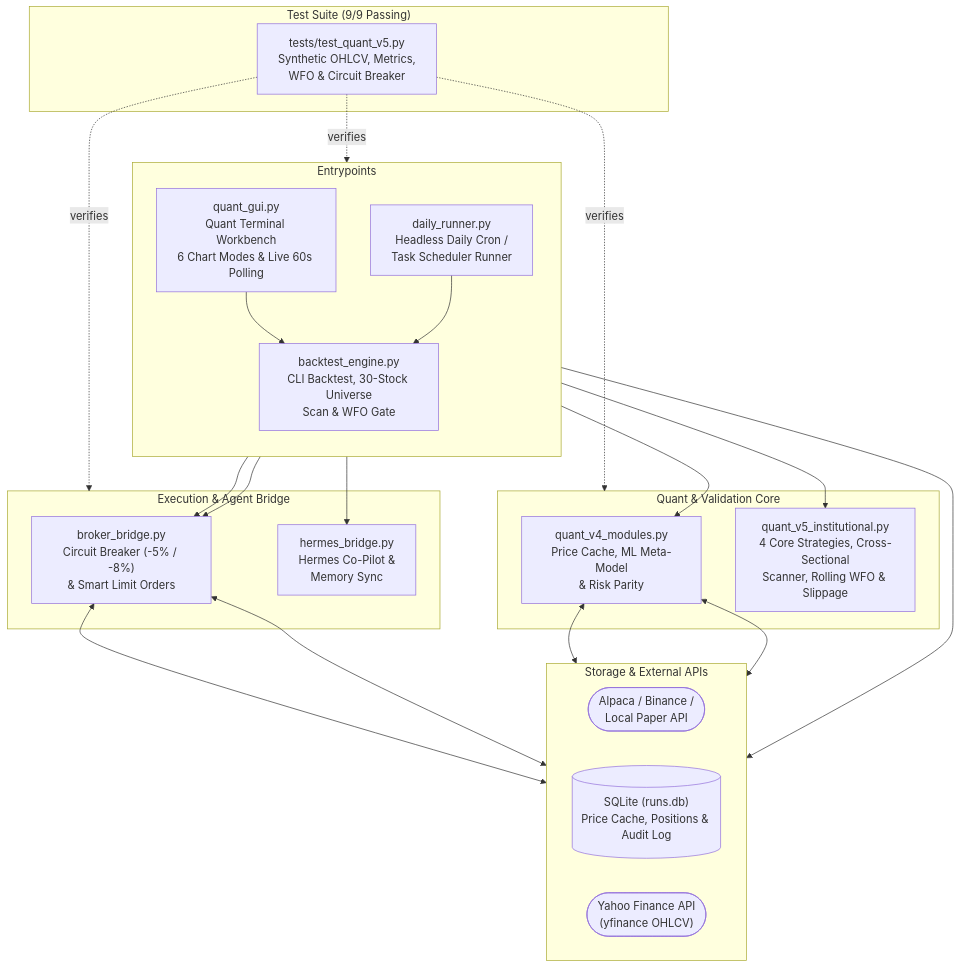
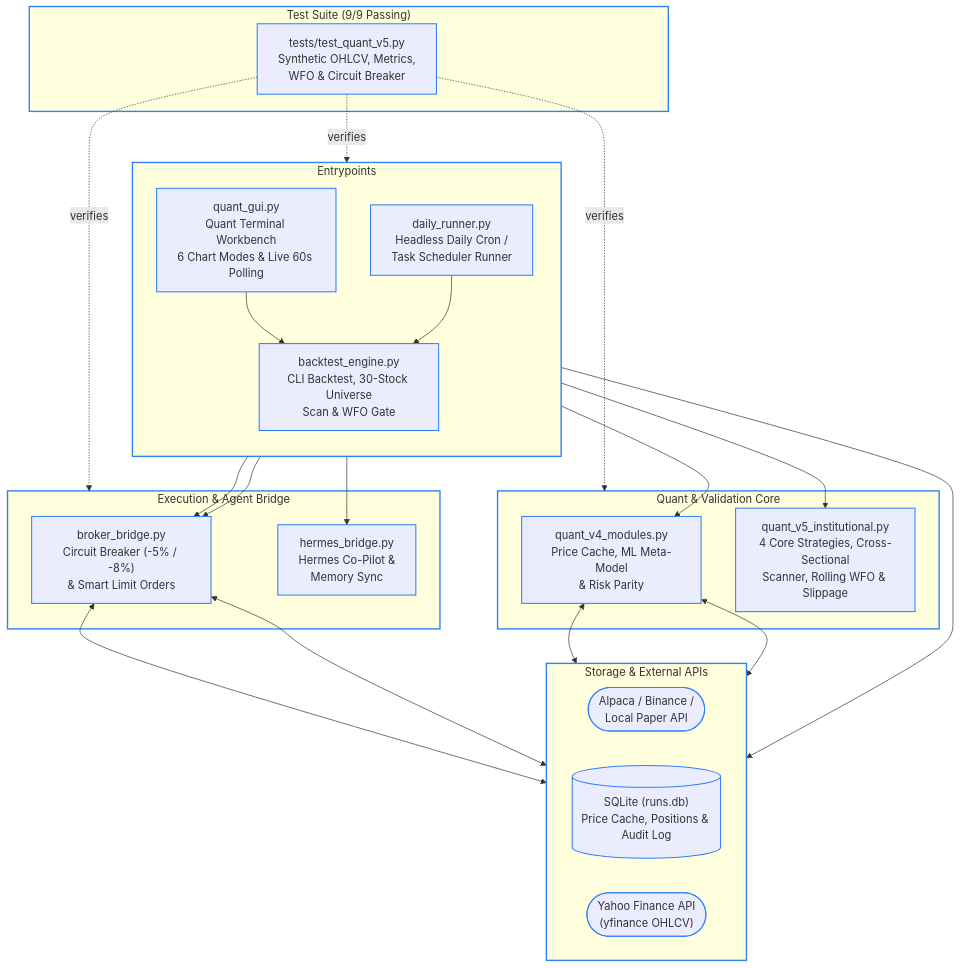
Before and after one commit to daniel01-bit/mini-project-quant: the diagram in README.md, drawn with Mermaid. The commit also changed other lines of this file, not shown here.

Commit message:
docs(readme): translate to Thai, add human architect credit, preserve user notes, and style Mermaid borders blue

````diff
--- a/README.md
+++ b/README.md
@@ -13,51 +23,60 @@
 ```mermaid
 flowchart TD
     subgraph Entry["Entrypoints"]
         direction TB
         GUI["quant_gui.py<br/>Quant Terminal Workbench<br/>6 Chart Modes & Live 60s Polling"]
         CRON["daily_runner.py<br/>Headless Daily Cron /<br/>Task Scheduler Runner"]
         BE["backtest_engine.py<br/>CLI Backtest, 30-Stock Universe<br/>Scan & WFO Gate"]
         GUI --> BE
         CRON --> BE
     end
 
     subgraph Core["Quant & Validation Core"]
         QV4["quant_v4_modules.py<br/>Price Cache, ML Meta-Model<br/>& Risk Parity"]
         QV5["quant_v5_institutional.py<br/>4 Core Strategies, Cross-Sectional<br/>Scanner, Rolling WFO & Slippage"]
     end
 
     subgraph Bridge["Execution & Agent Bridge"]
         BROKER["broker_bridge.py<br/>Circuit Breaker (-5% / -8%)<br/>& Smart Limit Orders"]
         HERMES["hermes_bridge.py<br/>Hermes Co-Pilot &<br/>Memory Sync"]
     end
 
     subgraph Data["Storage & External APIs"]
         direction LR
         EXT_BROKER(["Alpaca / Binance /<br/>Local Paper API"])
         DB[("SQLite (runs.db)<br/>Price Cache, Positions & Audit Log")]
         YF(["Yahoo Finance API<br/>(yfinance OHLCV)"])
     end
 
     subgraph QA["Test Suite (9/9 Passing)"]
         TEST["tests/test_quant_v5.py<br/>Synthetic OHLCV, Metrics,<br/>WFO & Circuit Breaker"]
     end
 
     %% Execution & Signal Flow
     GUI --> BROKER
     GUI --> HERMES
     CRON --> BROKER
     BE --> QV4
     BE --> QV5
 
     %% Data & External Services
     BROKER <--> EXT_BROKER
     BROKER <--> DB
     BE --> DB
     QV4 <--> DB
     QV4 <--> YF
 
     %% Automated Test Verification
     TEST -. "verifies" .-> BE
     TEST -. "verifies" .-> Core
     TEST -. "verifies" .-> Bridge
+
+    %% Blue Frame Styling
+    style Entry stroke:#2F81F7,stroke-width:2px
+    style Core stroke:#2F81F7,stroke-width:2px
+    style Bridge stroke:#2F81F7,stroke-width:2px
+    style Data stroke:#2F81F7,stroke-width:2px
+    style QA stroke:#2F81F7,stroke-width:2px
+    classDef blueBorder stroke:#2F81F7,stroke-width:1.5px;
+    class GUI,CRON,BE,QV4,QV5,BROKER,HERMES,EXT_BROKER,DB,YF,TEST blueBorder
 ```
````
